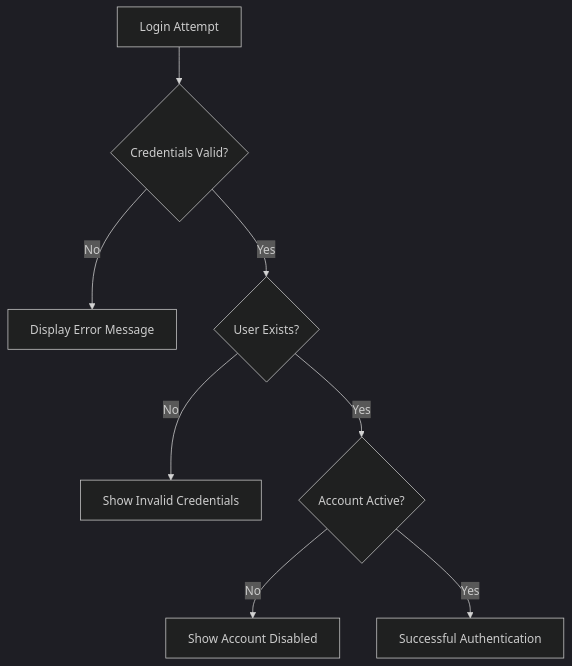
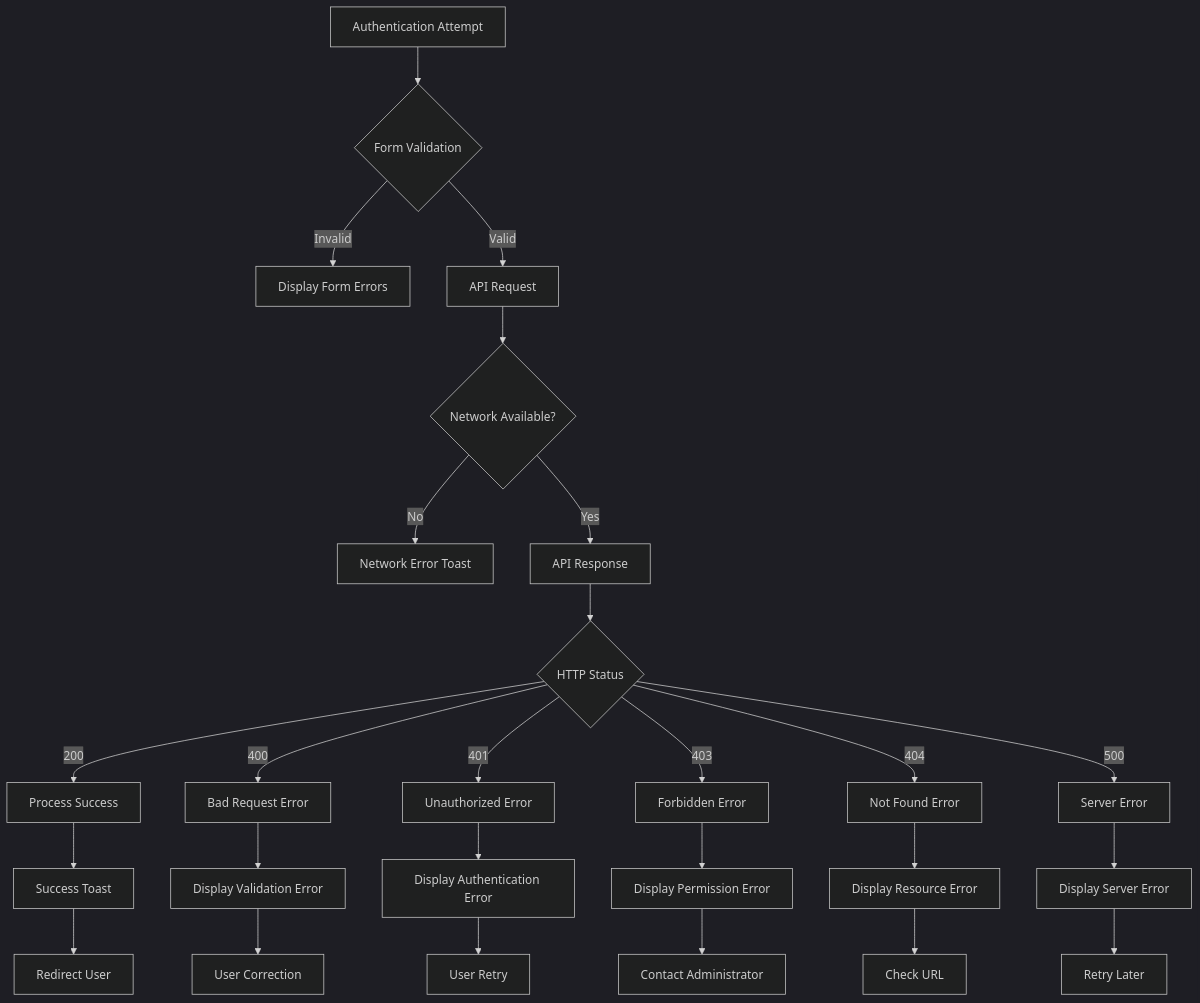
Diagram 14 of 14 in .qoder/repowiki/en/content/Authentication & Authorization/Login Page Implementation.md (Aryan9060/Timetable-Project), drawn with Mermaid (dark theme) before and after one commit. The commit also changed other lines of this file and 21 other files, not shown here.

````diff
--- a/.qoder/repowiki/en/content/Authentication & Authorization/Login Page Implementation.md
+++ b/.qoder/repowiki/en/content/Authentication & Authorization/Login Page Implementation.md
@@ -358,10 +660,28 @@
 ```mermaid
 flowchart TD
-A[Login Attempt] --> B{Credentials Valid?}
-B --> |No| C[Display Error Message]
-B --> |Yes| D{User Exists?}
-D --> |No| E[Show Invalid Credentials]
-D --> |Yes| F{Account Active?}
-F --> |No| G[Show Account Disabled]
-F --> |Yes| H[Successful Authentication]
+A[Authentication Attempt] --> B{Form Validation}
+B --> |Invalid| C[Display Form Errors]
+B --> |Valid| D[API Request]
+D --> E{Network Available?}
+E --> |No| F[Network Error Toast]
+E --> |Yes| G[API Response]
+G --> H{HTTP Status}
+H --> |200| I[Process Success]
+H --> |400| J[Bad Request Error]
+H --> |401| K[Unauthorized Error]
+H --> |403| L[Forbidden Error]
+H --> |404| M[Not Found Error]
+H --> |500| N[Server Error]
+I --> O[Success Toast]
+O --> P[Redirect User]
+J --> Q[Display Validation Error]
+K --> R[Display Authentication Error]
+L --> S[Display Permission Error]
+M --> T[Display Resource Error]
+N --> U[Display Server Error]
+Q --> V[User Correction]
+R --> W[User Retry]
+S --> X[Contact Administrator]
+T --> Y[Check URL]
+U --> Z[Retry Later]
 ```
````
